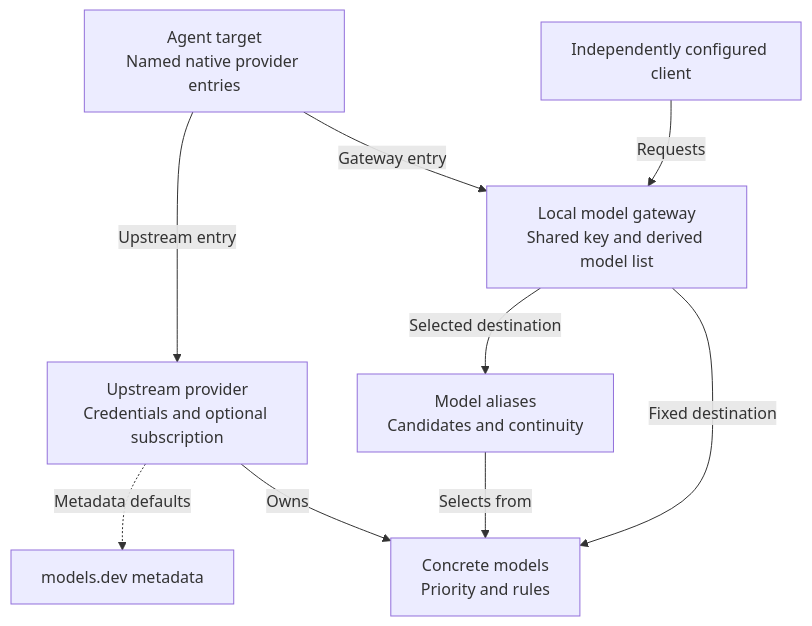
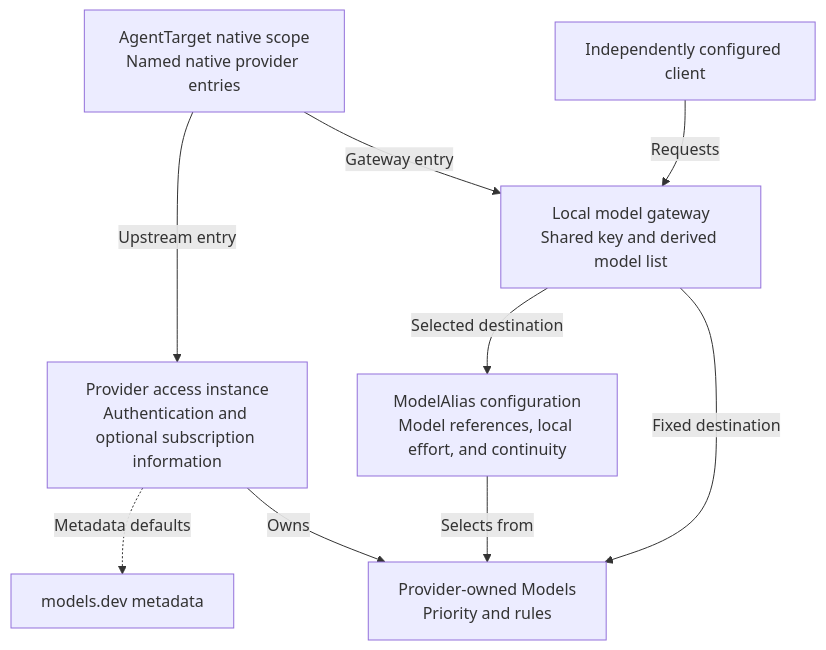
One commit to suraciii/tmax changed the diagram in specs/product/design.md. Above: the diagram before and after it, drawn with Mermaid. The commit also changed other lines of this file and 33 other files, not shown here.

First line of the commit message:
refactor(domain): unify provider-owned model vocabulary

````diff
--- a/specs/product/design.md
+++ b/specs/product/design.md
@@ -74,18 +73,18 @@
 ```mermaid
 flowchart TB
     Catalog["models.dev metadata"]
-    Provider["Upstream provider<br/>Credentials and optional subscription"]
-    Model["Concrete models<br/>Priority and rules"]
-    Alias["Model aliases<br/>Candidates and continuity"]
-    Agent["Agent target<br/>Named native provider entries"]
+    Provider["Provider access instance<br/>Authentication and optional subscription information"]
+    Model["Provider-owned Models<br/>Priority and rules"]
+    Alias["ModelAlias configuration<br/>Model references, local effort, and continuity"]
+    Agent["AgentTarget native scope<br/>Named native provider entries"]
     Gateway["Local model gateway<br/>Shared key and derived model list"]
     Client["Independently configured client"]
     Provider -.->|Metadata defaults| Catalog
     Provider -->|Owns| Model
     Alias -->|Selects from| Model
     Agent -->|Upstream entry| Provider
     Agent -->|Gateway entry| Gateway
     Client -->|Requests| Gateway
     Gateway -->|Fixed destination| Model
     Gateway -->|Selected destination| Alias
 ```
````
